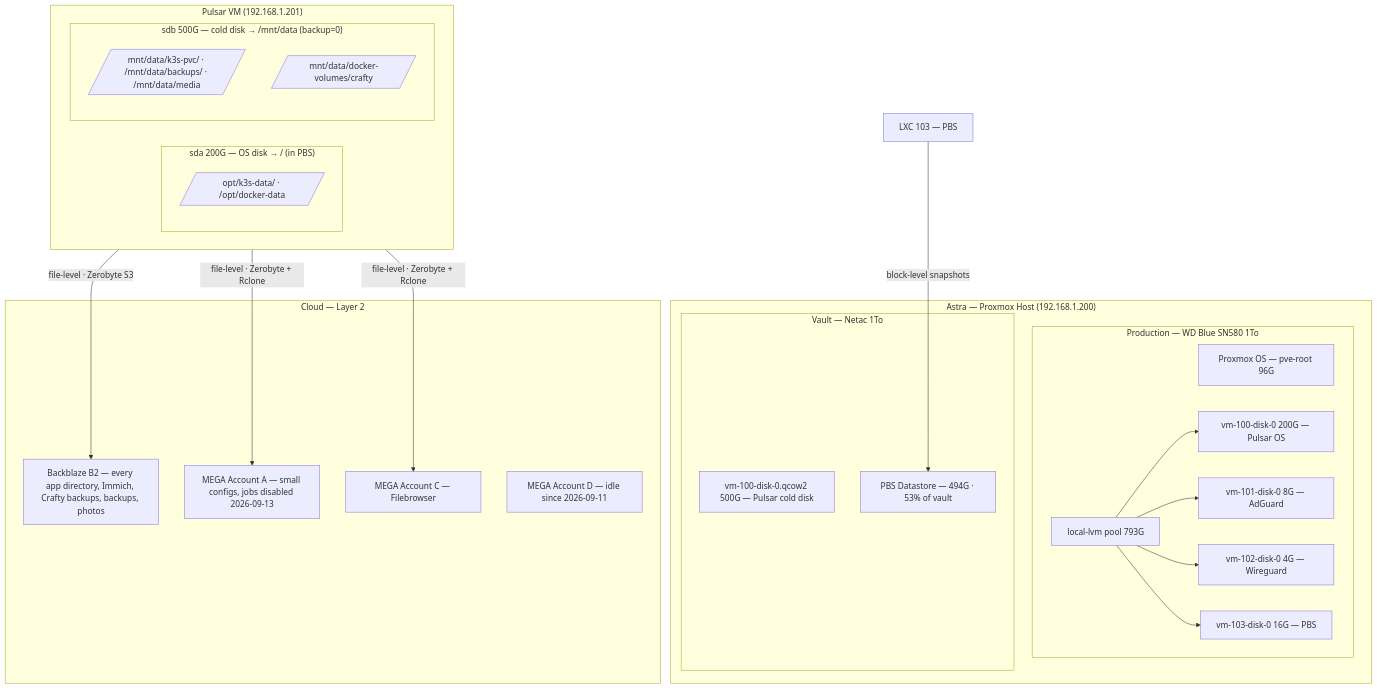
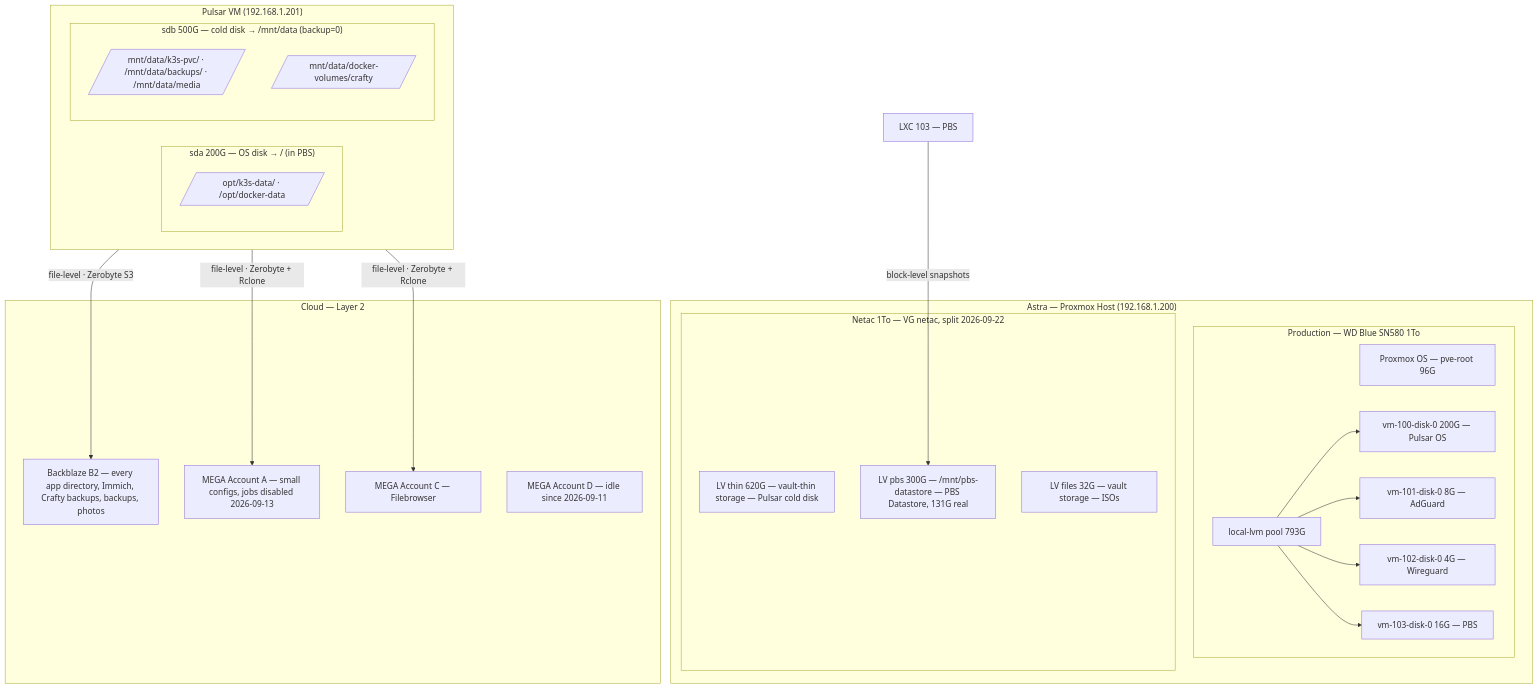
One commit to Enoal-Fauchille-Bolle/Astra-ops changed the diagram in docs/backup/README.md. Above: the diagram before and after it, drawn with Mermaid. The commit also changed other lines of this file and 4 other files, not shown here.

Commit message:
📝 [Docs] Record the Netac split into LVM compartments

````diff
--- a/docs/backup/README.md
+++ b/docs/backup/README.md
@@ -66,40 +66,41 @@
 ```mermaid
 graph TB
     subgraph ASTRA["Astra — Proxmox Host (192.168.1.200)"]
         subgraph PROD["Production — WD Blue SN580 1To"]
             PVE_OS[Proxmox OS — pve-root 96G]
             LVM[local-lvm pool 793G]
             LVM --> DISK0[vm-100-disk-0 200G — Pulsar OS]
             LVM --> DISK1[vm-101-disk-0 8G — AdGuard]
             LVM --> DISK2[vm-102-disk-0 4G — Wireguard]
             LVM --> DISK3[vm-103-disk-0 16G — PBS]
         end
 
-        subgraph VAULT["Vault — Netac 1To"]
-            VAULT_IMAGES[vm-100-disk-0.qcow2 500G — Pulsar cold disk]
-            PBS_DS[PBS Datastore — 494G · 53% of vault]
+        subgraph VAULT["Netac 1To — VG netac, split 2026-09-22"]
+            VAULT_THIN[LV thin 620G — vault-thin storage — Pulsar cold disk]
+            PBS_DS[LV pbs 300G — /mnt/pbs-datastore — PBS Datastore, 131G real]
+            VAULT_FILES[LV files 32G — vault storage — ISOs]
         end
     end
 
     subgraph PULSAR["Pulsar VM (192.168.1.201)"]
         subgraph SDA["sda 200G — OS disk → / (in PBS)"]
             OPT[/opt/k3s-data/ · /opt/docker-data/]
         end
         subgraph SDB["sdb 500G — cold disk → /mnt/data (backup=0)"]
             MNT[/mnt/data/k3s-pvc/ · /mnt/data/backups/ · /mnt/data/media/]
             CRAFTY_VOL[/mnt/data/docker-volumes/crafty/]
         end
     end
 
     subgraph CLOUD["Cloud — Layer 2"]
         B2[Backblaze B2 — every app directory, Immich, Crafty backups, backups, photos]
         MEGA_A[MEGA Account A — small configs, jobs disabled 2026-09-13]
         MEGA_C[MEGA Account C — Filebrowser]
         MEGA_D[MEGA Account D — idle since 2026-09-11]
     end
 
     PBS_LXC[LXC 103 — PBS] -->|block-level snapshots| PBS_DS
     PULSAR -->|file-level · Zerobyte S3| B2
     PULSAR -->|file-level · Zerobyte + Rclone| MEGA_A
     PULSAR -->|file-level · Zerobyte + Rclone| MEGA_C
 ```
````
